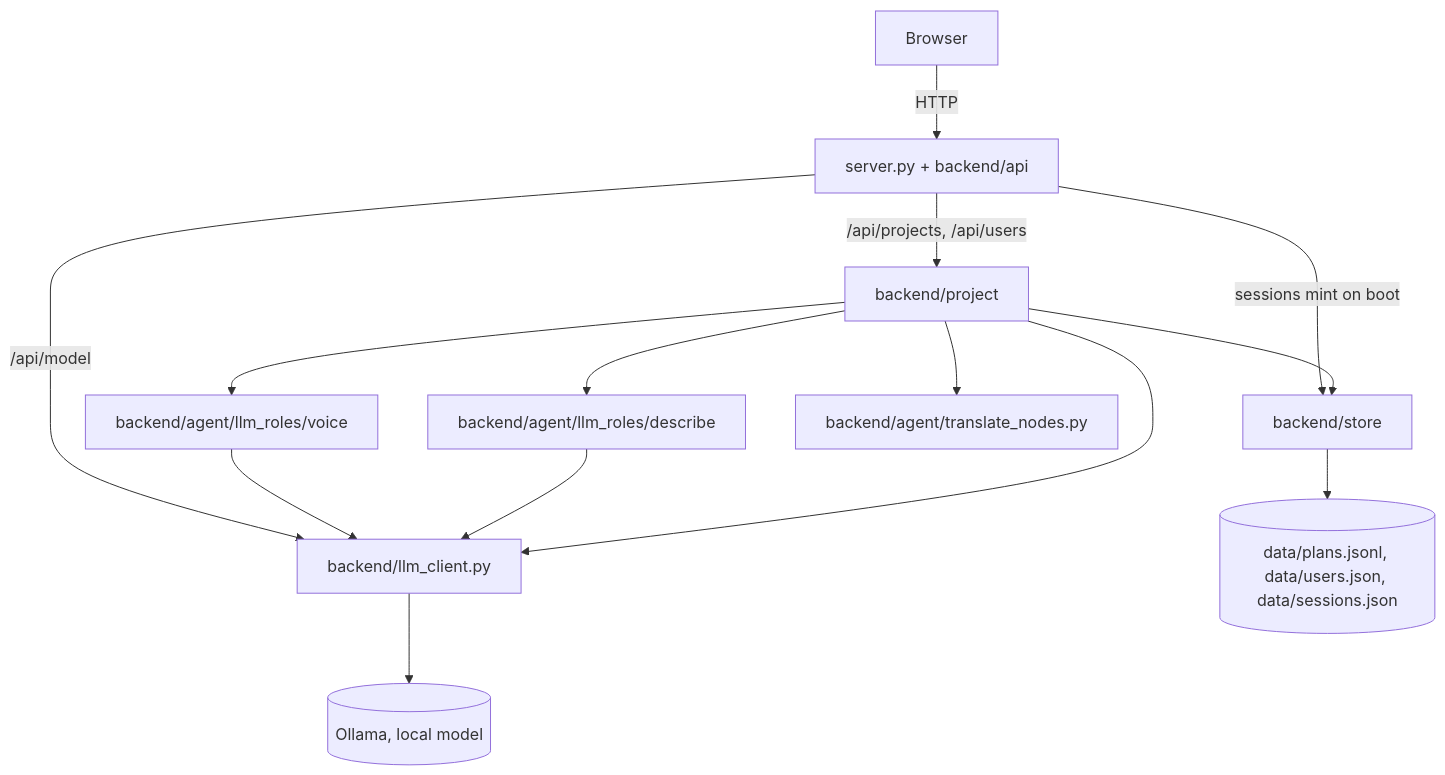
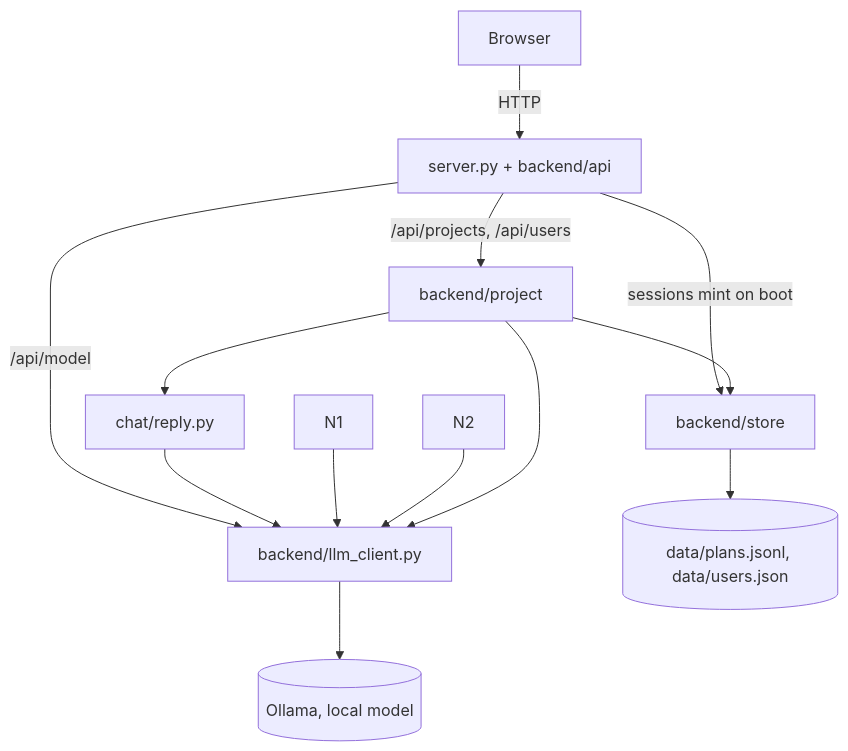
Before and after one commit to olajmn/PROJECT1: the diagram in docs/04-current-state.md, drawn with Mermaid. The commit also changed other lines of this file and 64 other files, not shown here.

````diff
--- a/docs/04-current-state.md
+++ b/docs/04-current-state.md
@@ -67,16 +65,15 @@
 ```mermaid
 graph TD
     Browser -->|HTTP| Server["server.py + backend/api"]
     Server -->|"/api/projects, /api/users"| Planning["backend/project"]
     Server -->|"/api/model"| ModelBoundary["backend/llm_client.py"]
     Server -->|"sessions mint on boot"| Store["backend/store"]
-    Planning --> N1["backend/agent/llm_roles/voice"]
-    Planning --> N2["backend/agent/llm_roles/describe"]
-    Planning --> TranslateNodes["backend/agent/translate_nodes.py"]
+    Planning --> Reply["chat/reply.py"]
+    Reply --> ModelBoundary
     Planning --> Store
     N1 --> ModelBoundary
     N2 --> ModelBoundary
     Planning --> ModelBoundary
     ModelBoundary --> Ollama[("Ollama, local model")]
-    Store --> Data[("data/plans.jsonl, data/users.json, data/sessions.json")]
+    Store --> Data[("data/plans.jsonl, data/users.json")]
 ```
````
